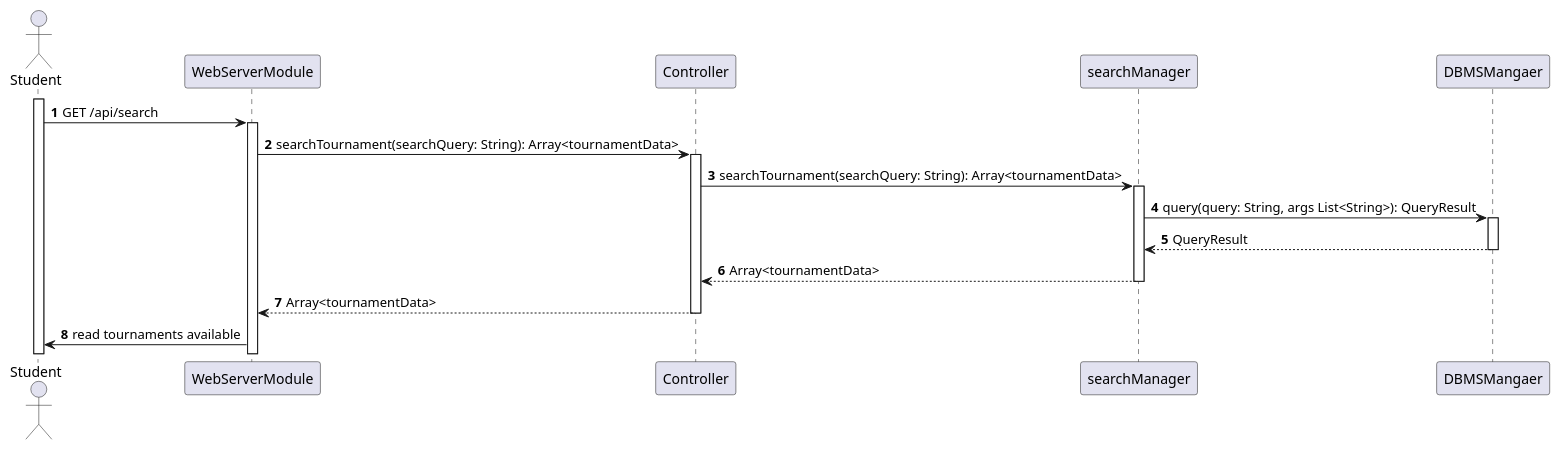
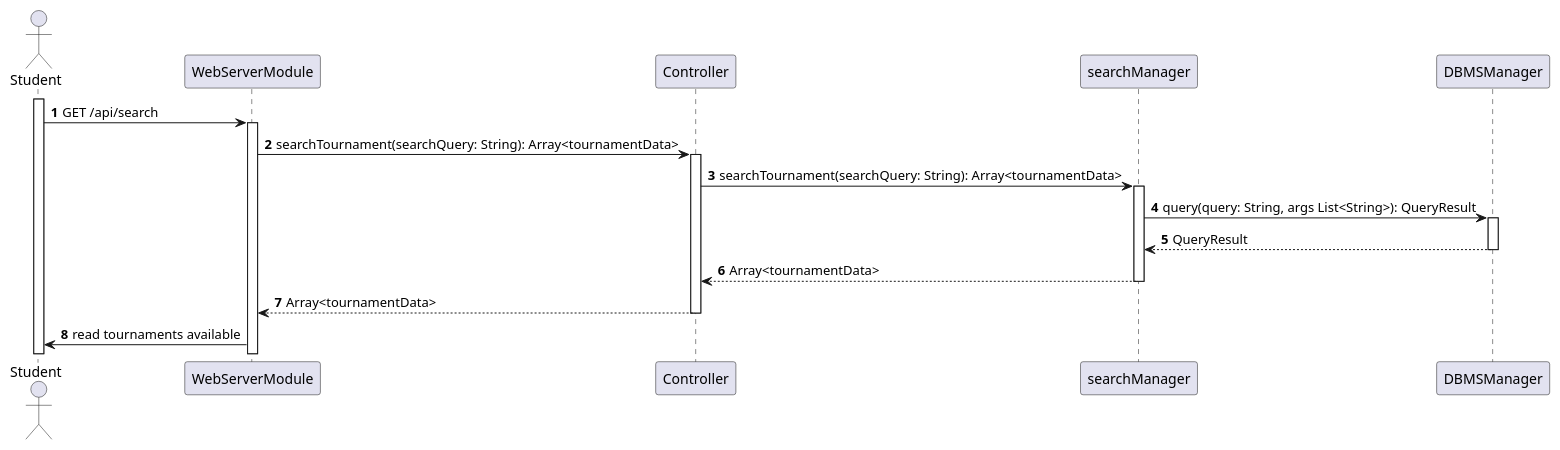
One commit to Angelo7672/SE2_Requirement-and-Design-Document changed the diagram in _DD/Images/sequenceDiagrams/studentSearchesForTournament.wsd. Above: the diagram before and after it, drawn with PlantUML. The commit also changed 7 other files, not shown here.

Commit message:
component Interface diagram and typo fix

```diff
--- a/_DD/Images/sequenceDiagrams/studentSearchesForTournament.wsd
+++ b/_DD/Images/sequenceDiagrams/studentSearchesForTournament.wsd
@@ -1,30 +1,30 @@
 @startuml
 
 autonumber
 actor Student as U
 participant searchManager as SM
 participant WebServerModule as WS
 participant Controller as C
-participant searchMangaer as SM
-participant DBMSMangaer as DBMS
+participant searchManagar as SM
+participant DBMSManager as DBMS
 
 activate U
 U->WS: GET /api/search
 activate WS
 WS->C: searchTournament(searchQuery: String): Array<tournamentData>
 activate C 
 C->SM: searchTournament(searchQuery: String): Array<tournamentData>
 activate SM
 SM->DBMS: query(query: String, args List<String>): QueryResult
 activate DBMS
 DBMS-->SM: QueryResult
 deactivate DBMS
 SM-->C: Array<tournamentData>
 deactivate SM
 C-->WS: Array<tournamentData>
 deactivate C
 WS->U: read tournaments available
 
 
 
 @enduml
```
